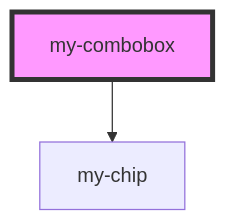
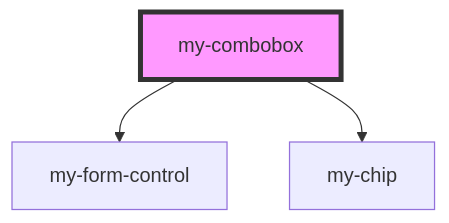
Before and after one commit to zhitkovkostya/stencil-combobox: the diagram in src/components/combobox/readme.md, drawn with Mermaid. The commit also changed other lines of this file and 13 other files, not shown here.

````diff
--- a/src/components/combobox/readme.md
+++ b/src/components/combobox/readme.md
@@ -34,5 +36,6 @@
 ```mermaid
 graph TD;
+  my-combobox --> my-form-control
   my-combobox --> my-chip
   style my-combobox fill:#f9f,stroke:#333,stroke-width:4px
 ```
````
